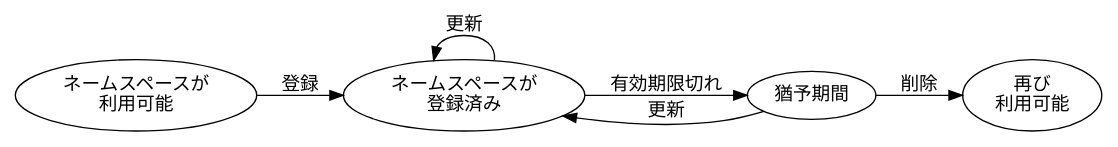
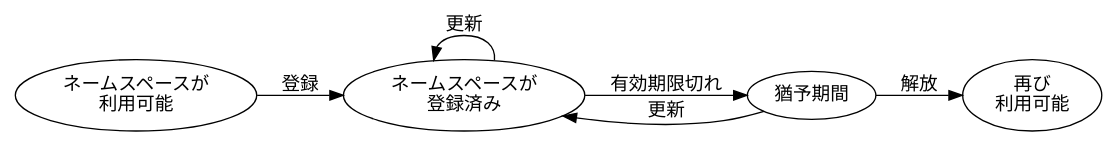
One commit to symbol/symbol changed the diagram in mkdocs/pages/ja/textbook/namespaces.md. Above: the diagram before and after it, drawn with Graphviz. The commit also changed other lines of this file and 14 other files, not shown here.

````diff
--- a/mkdocs/pages/ja/textbook/namespaces.md
+++ b/mkdocs/pages/ja/textbook/namespaces.md
@@ -59,16 +64,16 @@
 ```dot
 digraph "Namespace registration" {
     rankdir="LR";
     fontsize=12;
     Available [label="ネームスペースが\n利用可能"];
     Registered [label="ネームスペースが\n登録済み"];
     "Grace Period" [label="猶予期間"];
     "Available Again" [label="再び\n利用可能"];
 
     Available -> Registered [label="登録"];
     Registered -> "Grace Period" [label="有効期限切れ"];
     Registered -> Registered [label="更新" dir=back];
     "Grace Period" -> Registered [label="更新" constraint=false];
-    "Grace Period" -> "Available Again" [label="削除"];
+    "Grace Period" -> "Available Again" [label="解放"];
 }
 ```
````
